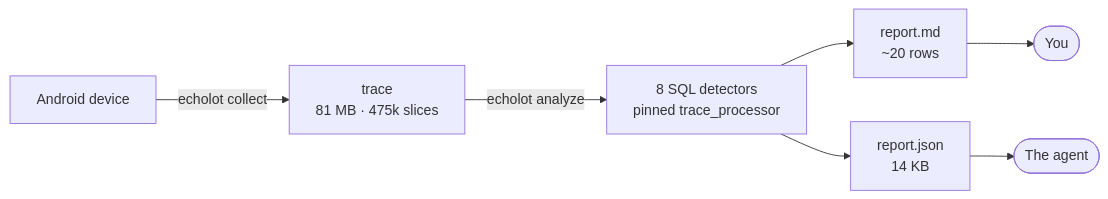
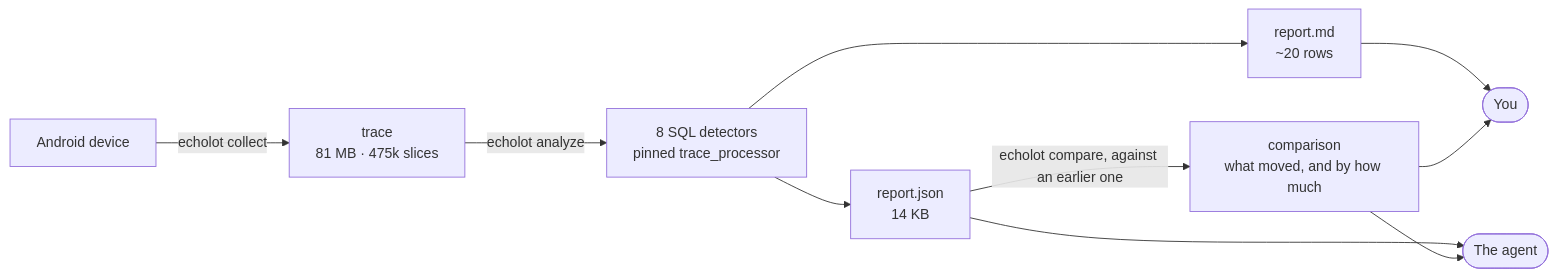
One commit to grishan0v/echolot changed the diagram in README.md. Above: the diagram before and after it, drawn with Mermaid. The commit also changed other lines of this file, not shown here.

First line of the commit message:
docs: the README says what the tool became, and stops counting positions (#20)

````diff
--- a/README.md
+++ b/README.md
@@ -332,15 +351,19 @@
 ```mermaid
 flowchart LR
     A["Android device"]
     B["trace<br/>81 MB · 475k slices"]
     C["8 SQL detectors<br/>pinned trace_processor"]
     D["report.md<br/>~20 rows"]
     E["report.json<br/>14 KB"]
+    H["comparison<br/>what moved, and by how much"]
     F(["You"])
     G(["The agent"])
 
     A -->|"echolot collect"| B
     B -->|"echolot analyze"| C
     C --> D --> F
     C --> E --> G
+    E -->|"echolot compare, against an earlier one"| H
+    H --> F
+    H --> G
 ```
````
